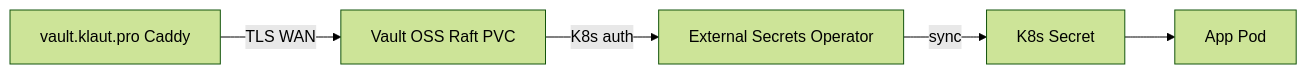
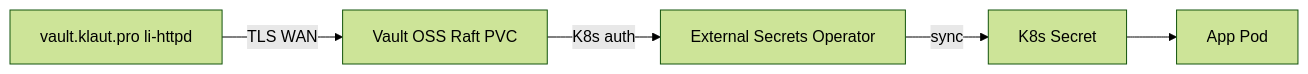
Before and after one commit to cap-jmk-launchpad/homelab-k3s: the diagram in docs/vault-homelab.md, drawn with Mermaid (forest theme). The commit also changed other lines of this file and 86 other files, not shown here.

First line of the commit message:
li-httpd edge: Shiphook route + multi-site flatten

````diff
--- a/docs/vault-homelab.md
+++ b/docs/vault-homelab.md
@@ -9,13 +9,13 @@
 ```mermaid
 flowchart LR
   Vault[Vault OSS Raft PVC]
   ESO[External Secrets Operator]
   KS[K8s Secret]
   POD[App Pod]
-  Caddy[vault.klaut.pro Caddy]
+  Edge[vault.klaut.pro li-httpd]
 
   Vault -->|K8s auth| ESO
   ESO -->|sync| KS
   KS --> POD
-  Caddy -->|TLS WAN| Vault
+  Edge -->|TLS WAN| Vault
 ```
````
